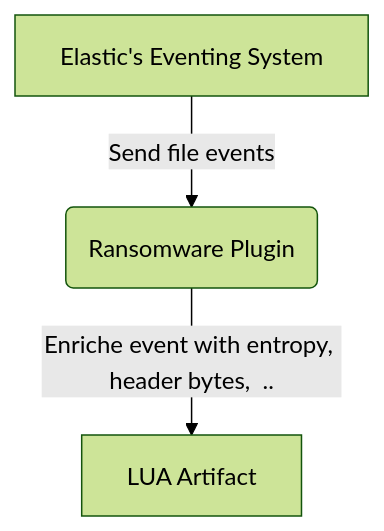
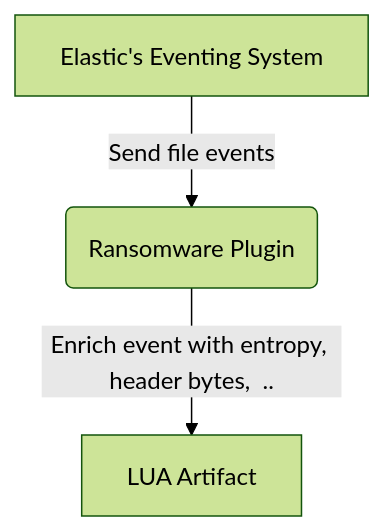
One commit to elastic/protections-artifacts changed the diagram in ransomware/README.md. Above: the diagram before and after it, drawn with Mermaid (forest theme). The commit also changed other lines of this file, not shown here.

````diff
--- a/ransomware/README.md
+++ b/ransomware/README.md
@@ -7,5 +7,5 @@
 ```mermaid
 flowchart TD
     A[Elastic's Eventing System] -->|Send file events| B(Ransomware Plugin)
-    B -->|Enriche event with entropy, header bytes,  ..| C[LUA Artifact]
+    B -->|Enrich event with entropy, header bytes,  ..| C[LUA Artifact]
 ```
````
